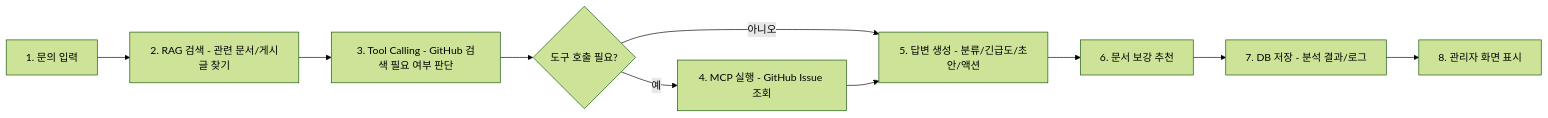
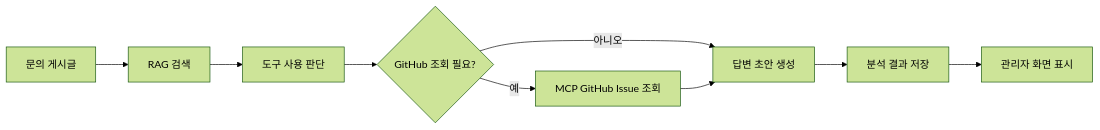
One commit to binny0x00/ai-sw-fullstack-note changed the third of 3 diagrams in README.md. Above: the diagram before and after it, drawn with Mermaid (forest theme). The commit also changed other lines of this file and 8 other files, not shown here.

````diff
--- a/README.md
+++ b/README.md
@@ -336,12 +176,11 @@
 ```mermaid
 flowchart LR
-    A["1. 문의 입력"] --> B["2. RAG 검색 - 관련 문서/게시글 찾기"]
-    B --> C["3. Tool Calling - GitHub 검색 필요 여부 판단"]
-    C --> D{"도구 호출 필요?"}
-    D -- "예" --> E["4. MCP 실행 - GitHub Issue 조회"]
-    D -- "아니오" --> F["5. 답변 생성"]
-    E --> F["5. 답변 생성 - 분류/긴급도/초안/액션"]
-    F --> G["6. 문서 보강 추천"]
-    G --> H["7. DB 저장 - 분석 결과/로그"]
-    H --> I["8. 관리자 화면 표시"]
+    Inquiry["문의 게시글"] --> Rag["RAG 검색"]
+    Rag --> ToolPlan["도구 사용 판단"]
+    ToolPlan --> Decision{"GitHub 조회 필요?"}
+    Decision -- "예" --> Mcp["MCP GitHub Issue 조회"]
+    Decision -- "아니오" --> Draft["답변 초안 생성"]
+    Mcp --> Draft
+    Draft --> Save["분석 결과 저장"]
+    Save --> Admin["관리자 화면 표시"]
 ```
````
